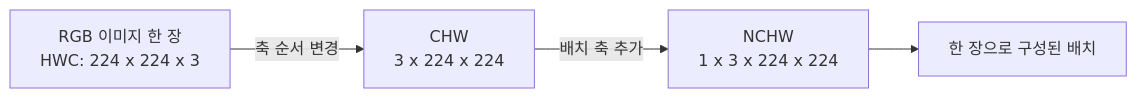
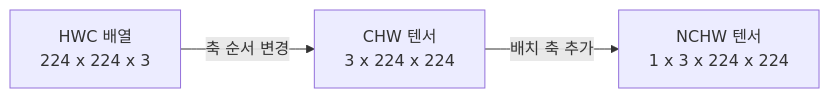
Before and after one commit to jaemin-devlog/AI-Study: the second of 3 diagrams in topics/computer-vision/01-컴퓨터-비전과-이미지-데이터.md, drawn with Mermaid. The commit also changed other lines of this file and 4 other files, not shown here.

````diff
--- a/topics/computer-vision/01-컴퓨터-비전과-이미지-데이터.md
+++ b/topics/computer-vision/01-컴퓨터-비전과-이미지-데이터.md
@@ -215,6 +60,5 @@
 ```mermaid
 flowchart LR
-    A["RGB 이미지 한 장<br/>HWC: 224 x 224 x 3"] -->|축 순서 변경| B["CHW<br/>3 x 224 x 224"]
-    B -->|배치 축 추가| C["NCHW<br/>1 x 3 x 224 x 224"]
-    C --> D[한 장으로 구성된 배치]
+    A["HWC 배열<br/>224 x 224 x 3"] -->|축 순서 변경| B["CHW 텐서<br/>3 x 224 x 224"]
+    B -->|배치 축 추가| C["NCHW 텐서<br/>1 x 3 x 224 x 224"]
 ```
````
